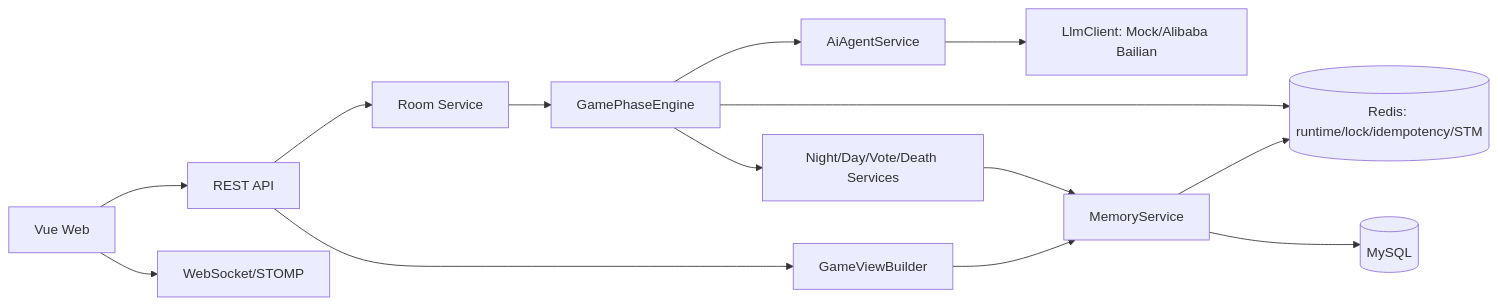
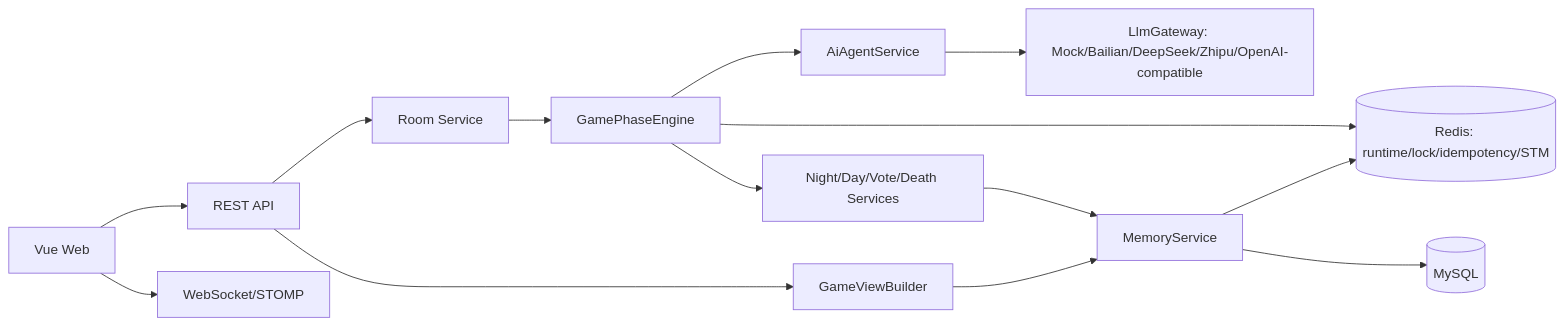
The diagram in README.md (Eternally72/AIWerewolf), drawn with Mermaid before and after one commit. The commit also changed other lines of this file and 147 other files, not shown here.

````diff
--- a/README.md
+++ b/README.md
@@ -32,16 +34,16 @@
 ```mermaid
 flowchart LR
   Web[Vue Web] --> REST[REST API]
   Web --> WS[WebSocket/STOMP]
   REST --> Room[Room Service]
   REST --> View[GameViewBuilder]
   Room --> Engine[GamePhaseEngine]
   Engine --> Action[Night/Day/Vote/Death Services]
   Engine --> Agent[AiAgentService]
-  Agent --> LLM[LlmClient: Mock/Alibaba Bailian]
+  Agent --> Gateway[LlmGateway: Mock/Bailian/DeepSeek/Zhipu/OpenAI-compatible]
   Action --> Memory[MemoryService]
   View --> Memory
   Engine --> Redis[(Redis: runtime/lock/idempotency/STM)]
   Memory --> Redis
   Memory --> DB[(MySQL)]
 ```
````
